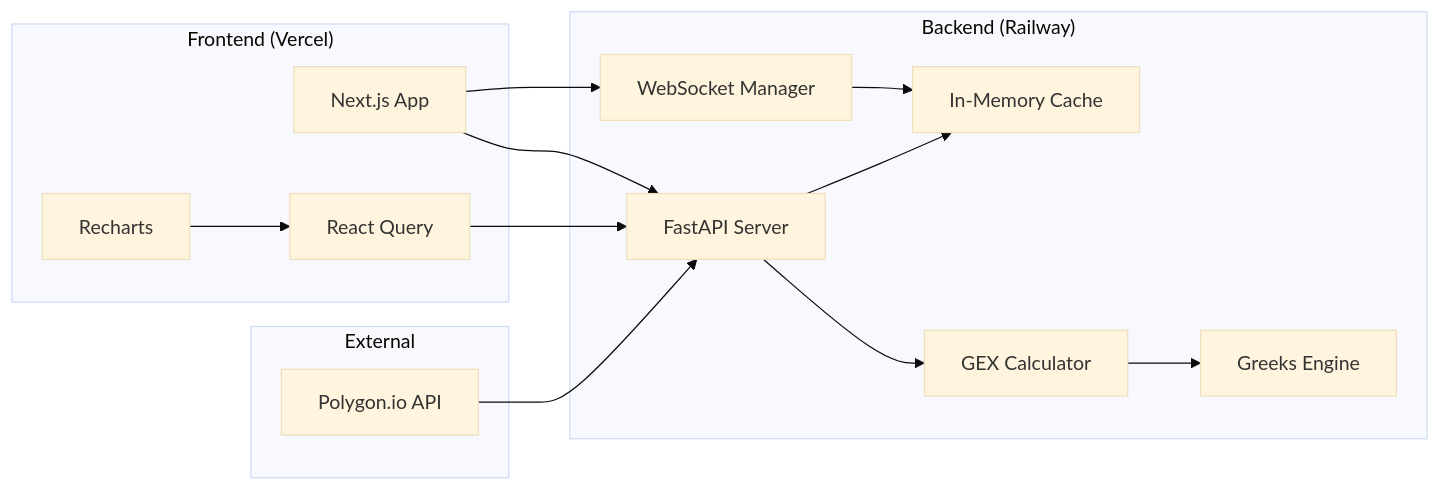
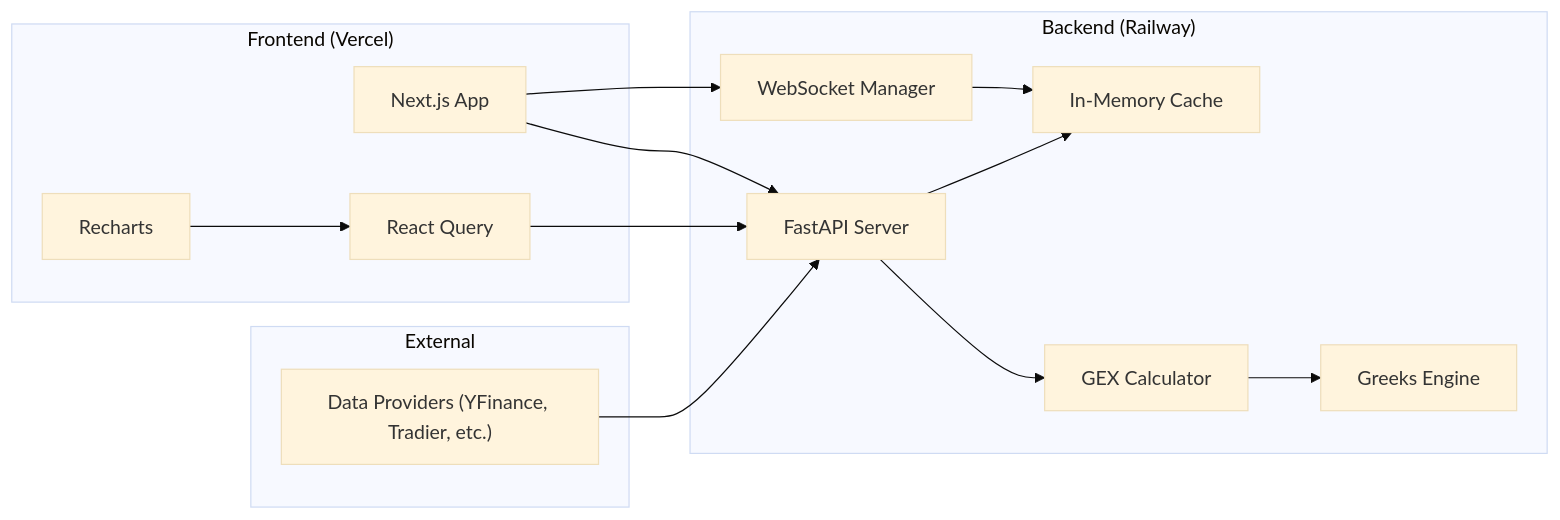
The first of 3 diagrams in docs/ARCHITECTURE.md (puneet-chandna/0DTE-dealer-gamma), drawn with Mermaid (base theme) before and after one commit. The commit also changed other lines of this file and 3 other files, not shown here.

Commit message:
feat: introduce modular data provider architecture and update API, architecture, and deployment documentation to reflect dynamic data fetching.

````diff
--- a/docs/ARCHITECTURE.md
+++ b/docs/ARCHITECTURE.md
@@ -7,31 +7,31 @@
 ```mermaid
 graph LR
     subgraph External
-        P["Polygon.io API"]
+        DP["Data Providers (YFinance, Tradier, etc.)"]
     end
 
     subgraph Backend["Backend (Railway)"]
         API["FastAPI Server"]
         WS["WebSocket Manager"]
         GEX["GEX Calculator"]
         GREEKS["Greeks Engine"]
         CACHE["In-Memory Cache"]
     end
 
     subgraph Frontend["Frontend (Vercel)"]
         NEXT["Next.js App"]
         RQ["React Query"]
         CHARTS["Recharts"]
     end
 
-    P --> API
+    DP --> API
     API --> GEX
     GEX --> GREEKS
     API --> CACHE
     WS --> CACHE
 
     NEXT --> API
     NEXT --> WS
     RQ --> API
     CHARTS --> RQ
 ```
````
